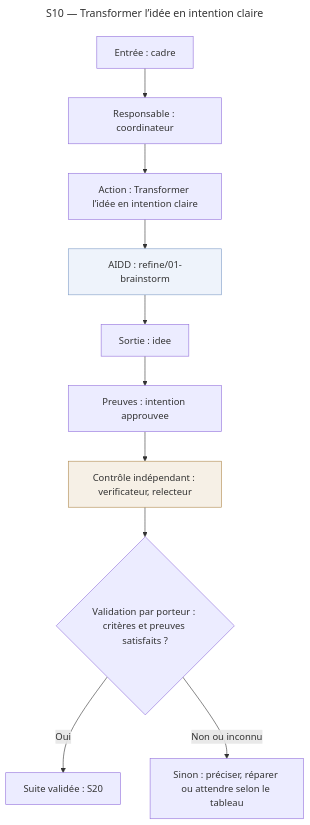
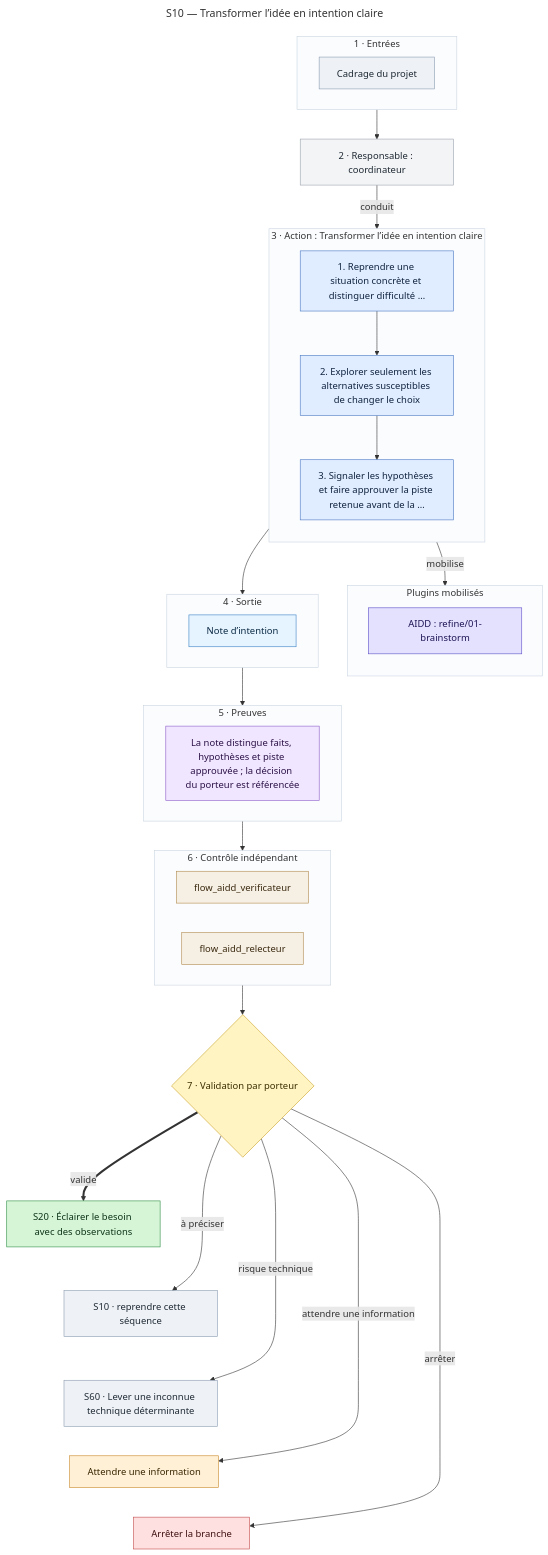
Before and after one commit to yanix2445/flow-aidd: the third of 21 diagrams in docs/schemas/schemas.md, drawn with Mermaid. The commit also changed other lines of this file and 23 other files, not shown here.

First line of the commit message:
docs(schemas): redraw Mermaid schemas with aidd-context:09-mermaid

````diff
--- a/docs/schemas/schemas.md
+++ b/docs/schemas/schemas.md
@@ -95,27 +209,82 @@
 title: "S10 — Transformer l’idée en intention claire"
 ---
 flowchart TB
-  Entree["Entrée : cadre"]
-  Responsable["Responsable : coordinateur"]
-  Action["Action : Transformer l’idée en intention claire"]
-  Plugins["AIDD : refine/01-brainstorm"]
-  Sortie["Sortie : idee"]
-  Preuve["Preuves : intention approuvee"]
-  Controle["Contrôle indépendant : verificateur, relecteur"]
-  Validation{"Validation par porteur : critères et preuves satisfaits ?"}
-  Destination["Suite validée : S20"]
-  AutreIssue["Sinon : préciser, réparer ou attendre selon le tableau"]
-  Entree --> Responsable
-  Responsable --> Action
-  Action --> Plugins
-  Plugins --> Sortie
-  Sortie --> Preuve
-  Preuve --> Controle
+  subgraph Entrees["1 · Entrées"]
+    EntreeCadre["Cadrage du projet"]
+  end
+  Responsable["2 · Responsable : coordinateur"]
+  subgraph Action["3 · Action : Transformer l’idée en intention claire"]
+    direction TB
+    Etape1["1. Reprendre une situation concrète et distinguer difficulté …"]
+    Etape2["2. Explorer seulement les alternatives susceptibles de changer le choix"]
+    Etape3["3. Signaler les hypothèses et faire approuver la piste retenue avant de la …"]
+  end
+  subgraph Plugins["Plugins mobilisés"]
+    direction TB
+    PluginsAidd["AIDD : refine/01-brainstorm"]
+  end
+  subgraph Sortie["4 · Sortie"]
+    SortieIdee["Note d’intention"]
+  end
+  subgraph Preuves["5 · Preuves"]
+    PreuveIntentionApprouvee["La note distingue faits, hypothèses et piste approuvée ; la décision du porteur est référencée"]
+  end
+  subgraph Controle["6 · Contrôle indépendant"]
+    AgentVerificateur["flow_aidd_verificateur"]
+    AgentRelecteur["flow_aidd_relecteur"]
+  end
+  Validation{"7 · Validation par porteur"}
+  VersS20["S20 · Éclairer le besoin avec des observations"]
+  VersS10["S10 · reprendre cette séquence"]
+  VersS60["S60 · Lever une inconnue technique déterminante"]
+  VersWAIT_INFO["Attendre une information"]
+  VersSTOP["Arrêter la branche"]
+  Entrees --> Responsable
+  Responsable -- "conduit" --> Action
+  Etape1 --> Etape2
+  Etape2 --> Etape3
+  Action -- "mobilise" --> Plugins
+  Action --> Sortie
+  Sortie --> Preuves
+  Preuves --> Controle
   Controle --> Validation
-  Validation -- "Oui" --> Destination
-  Validation -- "Non ou inconnu" --> AutreIssue
-  classDef plugins fill:#eef3fb,stroke:#7f9cc7
-  class Plugins plugins
-  classDef controle fill:#f6f0e6,stroke:#b08a4f
-  class Controle controle
+  VersS20 ~~~ VersS10
+  VersS10 ~~~ VersS60
+  VersS60 ~~~ VersWAIT_INFO
+  VersWAIT_INFO ~~~ VersSTOP
+  Validation == "valide" ==> VersS20
+  Validation -- "à préciser" --> VersS10
+  Validation -- "risque technique" --> VersS60
+  Validation -- "attendre une information" --> VersWAIT_INFO
+  Validation -- "arrêter" --> VersSTOP
+  classDef entree fill:#eef2f7,stroke:#8a9bb0,color:#1f2933
+  classDef responsable fill:#f3f4f6,stroke:#9ca3af,color:#1f2933
+  classDef etape fill:#e0ecff,stroke:#4a78c2,color:#10243f
+  classDef aidd fill:#e4e1ff,stroke:#5b4fc7,color:#1d1554
+  classDef sortie fill:#e6f4ff,stroke:#3b82c4,color:#0b2a44
+  classDef preuve fill:#f1e6ff,stroke:#8b5cc7,color:#2b1247
+  classDef controle fill:#f6efe3,stroke:#b08a4f,color:#3a2a10
+  classDef validation fill:#fff4c2,stroke:#c9a227,color:#3a2e00
+  classDef ok fill:#d6f5d6,stroke:#2f8f46,color:#0d3318
+  classDef retour fill:#eef2f7,stroke:#8a9bb0,color:#1f2933
+  classDef attente fill:#fff0d6,stroke:#c98a2b,color:#3a2600
+  classDef stop fill:#ffe0e0,stroke:#c24a4a,color:#3d0f0f
+  class EntreeCadre entree
+  class Responsable responsable
+  class Etape1,Etape2,Etape3 etape
+  class PluginsAidd aidd
+  class SortieIdee sortie
+  class PreuveIntentionApprouvee preuve
+  class AgentVerificateur,AgentRelecteur controle
+  class Validation validation
+  class VersS20 ok
+  class VersS10,VersS60 retour
+  class VersWAIT_INFO attente
+  class VersSTOP stop
+  style Entrees fill:#fbfcfe,stroke:#cbd5e1
+  style Action fill:#fbfcfe,stroke:#cbd5e1
+  style Plugins fill:#fbfcfe,stroke:#cbd5e1
+  style Sortie fill:#fbfcfe,stroke:#cbd5e1
+  style Preuves fill:#fbfcfe,stroke:#cbd5e1
+  style Controle fill:#fbfcfe,stroke:#cbd5e1
 ```
````
